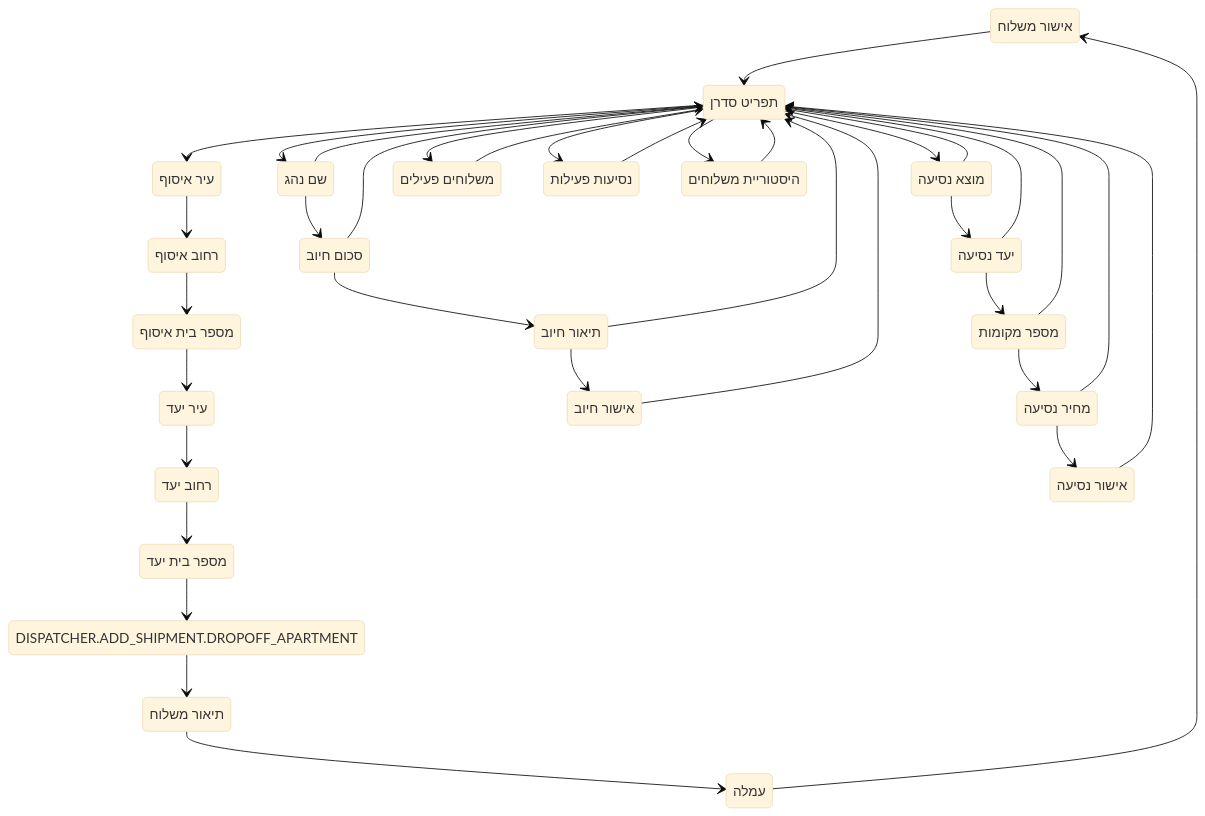
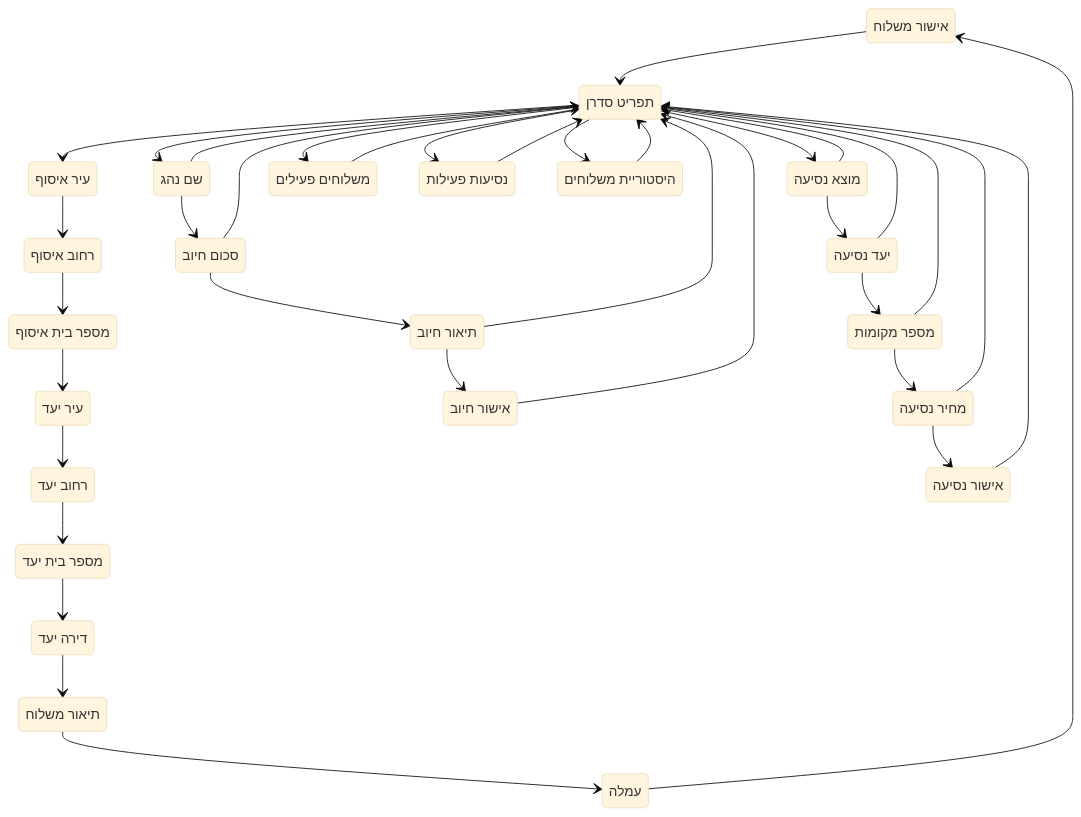
The third of 6 diagrams in CLAUDE.md (amirbiron/Shipment-bot), drawn with Mermaid (base theme) before and after one commit. The commit also changed 4 other files, not shown here.

````diff
--- a/CLAUDE.md
+++ b/CLAUDE.md
@@ -142,63 +142,63 @@
 ```mermaid
 stateDiagram-v2
     DISPATCHER_ADD_SHIPMENT_CONFIRM : אישור משלוח
     DISPATCHER_ADD_SHIPMENT_DESCRIPTION : תיאור משלוח
-    DISPATCHER_ADD_SHIPMENT_DROPOFF_APARTMENT : DISPATCHER.ADD_SHIPMENT.DROPOFF_APARTMENT
+    DISPATCHER_ADD_SHIPMENT_DROPOFF_APARTMENT : דירה יעד
     DISPATCHER_ADD_SHIPMENT_DROPOFF_CITY : עיר יעד
     DISPATCHER_ADD_SHIPMENT_DROPOFF_NUMBER : מספר בית יעד
     DISPATCHER_ADD_SHIPMENT_DROPOFF_STREET : רחוב יעד
     DISPATCHER_ADD_SHIPMENT_FEE : עמלה
     DISPATCHER_ADD_SHIPMENT_PICKUP_CITY : עיר איסוף
     DISPATCHER_ADD_SHIPMENT_PICKUP_NUMBER : מספר בית איסוף
     DISPATCHER_ADD_SHIPMENT_PICKUP_STREET : רחוב איסוף
     DISPATCHER_MANUAL_CHARGE_AMOUNT : סכום חיוב
     DISPATCHER_MANUAL_CHARGE_CONFIRM : אישור חיוב
     DISPATCHER_MANUAL_CHARGE_DESCRIPTION : תיאור חיוב
     DISPATCHER_MANUAL_CHARGE_DRIVER_NAME : שם נהג
     DISPATCHER_MENU : תפריט סדרן
     DISPATCHER_POST_RIDE_CONFIRM : אישור נסיעה
     DISPATCHER_POST_RIDE_DESTINATION : יעד נסיעה
     DISPATCHER_POST_RIDE_ORIGIN : מוצא נסיעה
     DISPATCHER_POST_RIDE_PRICE : מחיר נסיעה
     DISPATCHER_POST_RIDE_SEATS : מספר מקומות
     DISPATCHER_VIEW_ACTIVE_SHIPMENTS : משלוחים פעילים
     DISPATCHER_VIEW_POSTED_RIDES : נסיעות פעילות
     DISPATCHER_VIEW_SHIPMENT_HISTORY : היסטוריית משלוחים
 
 
     DISPATCHER_MENU --> DISPATCHER_ADD_SHIPMENT_PICKUP_CITY
     DISPATCHER_MENU --> DISPATCHER_VIEW_ACTIVE_SHIPMENTS
     DISPATCHER_MENU --> DISPATCHER_VIEW_SHIPMENT_HISTORY
     DISPATCHER_MENU --> DISPATCHER_MANUAL_CHARGE_DRIVER_NAME
     DISPATCHER_MENU --> DISPATCHER_POST_RIDE_ORIGIN
     DISPATCHER_MENU --> DISPATCHER_VIEW_POSTED_RIDES
     DISPATCHER_ADD_SHIPMENT_PICKUP_CITY --> DISPATCHER_ADD_SHIPMENT_PICKUP_STREET
     DISPATCHER_ADD_SHIPMENT_PICKUP_STREET --> DISPATCHER_ADD_SHIPMENT_PICKUP_NUMBER
     DISPATCHER_ADD_SHIPMENT_PICKUP_NUMBER --> DISPATCHER_ADD_SHIPMENT_DROPOFF_CITY
     DISPATCHER_ADD_SHIPMENT_DROPOFF_CITY --> DISPATCHER_ADD_SHIPMENT_DROPOFF_STREET
     DISPATCHER_ADD_SHIPMENT_DROPOFF_STREET --> DISPATCHER_ADD_SHIPMENT_DROPOFF_NUMBER
     DISPATCHER_ADD_SHIPMENT_DROPOFF_NUMBER --> DISPATCHER_ADD_SHIPMENT_DROPOFF_APARTMENT
     DISPATCHER_ADD_SHIPMENT_DROPOFF_APARTMENT --> DISPATCHER_ADD_SHIPMENT_DESCRIPTION
     DISPATCHER_ADD_SHIPMENT_DESCRIPTION --> DISPATCHER_ADD_SHIPMENT_FEE
     DISPATCHER_ADD_SHIPMENT_FEE --> DISPATCHER_ADD_SHIPMENT_CONFIRM
     DISPATCHER_ADD_SHIPMENT_CONFIRM --> DISPATCHER_MENU
     DISPATCHER_VIEW_ACTIVE_SHIPMENTS --> DISPATCHER_MENU
     DISPATCHER_VIEW_SHIPMENT_HISTORY --> DISPATCHER_MENU
     DISPATCHER_MANUAL_CHARGE_DRIVER_NAME --> DISPATCHER_MANUAL_CHARGE_AMOUNT
     DISPATCHER_MANUAL_CHARGE_DRIVER_NAME --> DISPATCHER_MENU
     DISPATCHER_MANUAL_CHARGE_AMOUNT --> DISPATCHER_MANUAL_CHARGE_DESCRIPTION
     DISPATCHER_MANUAL_CHARGE_AMOUNT --> DISPATCHER_MENU
     DISPATCHER_MANUAL_CHARGE_DESCRIPTION --> DISPATCHER_MANUAL_CHARGE_CONFIRM
     DISPATCHER_MANUAL_CHARGE_DESCRIPTION --> DISPATCHER_MENU
     DISPATCHER_MANUAL_CHARGE_CONFIRM --> DISPATCHER_MENU
     DISPATCHER_POST_RIDE_ORIGIN --> DISPATCHER_POST_RIDE_DESTINATION
     DISPATCHER_POST_RIDE_ORIGIN --> DISPATCHER_MENU
     DISPATCHER_POST_RIDE_DESTINATION --> DISPATCHER_POST_RIDE_SEATS
     DISPATCHER_POST_RIDE_DESTINATION --> DISPATCHER_MENU
     DISPATCHER_POST_RIDE_SEATS --> DISPATCHER_POST_RIDE_PRICE
     DISPATCHER_POST_RIDE_SEATS --> DISPATCHER_MENU
     DISPATCHER_POST_RIDE_PRICE --> DISPATCHER_POST_RIDE_CONFIRM
     DISPATCHER_POST_RIDE_PRICE --> DISPATCHER_MENU
     DISPATCHER_POST_RIDE_CONFIRM --> DISPATCHER_MENU
     DISPATCHER_VIEW_POSTED_RIDES --> DISPATCHER_MENU
 ```
````
